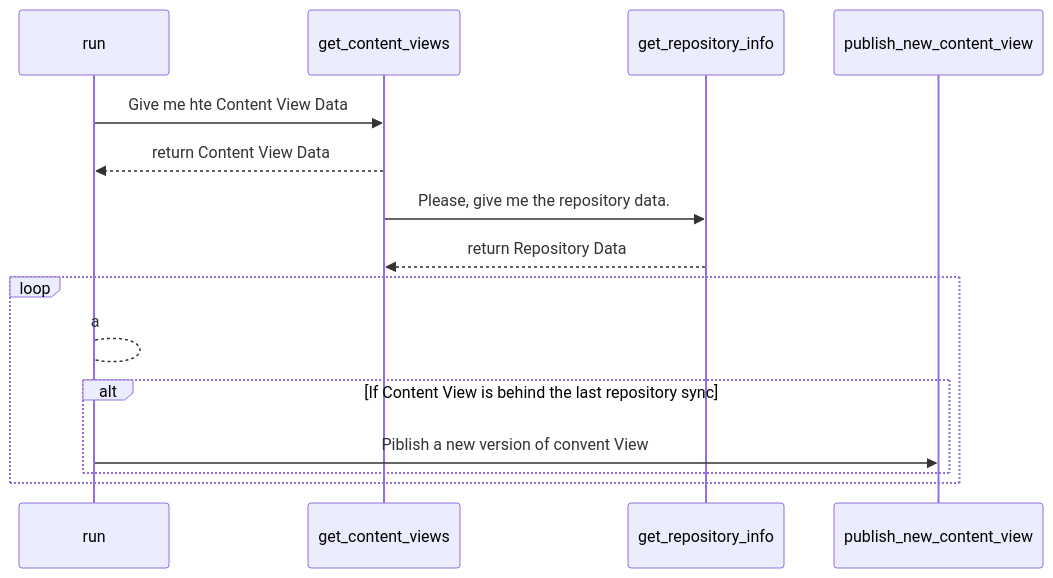
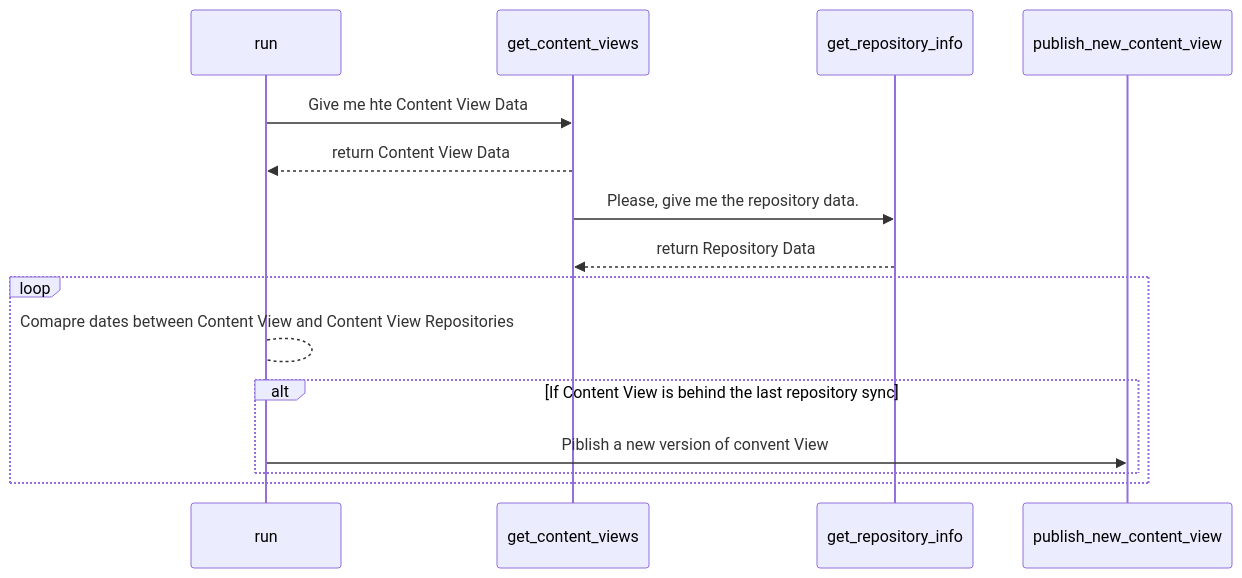
One commit to ambrisolla/katello-publish-content-view changed the diagram in README.md. Above: the diagram before and after it, drawn with Mermaid.

Commit message:
add script

````diff
--- a/README.md
+++ b/README.md
@@ -52,14 +52,14 @@
 ```mermaid
 sequenceDiagram
     run->>get_content_views: Give me hte Content View Data
     get_content_views-->>run: return Content View Data
     get_content_views->>get_repository_info: Please, give me the repository data.
     get_repository_info-->>get_content_views: return Repository Data
     loop
-      run-->run:a
+      run-->run:Comapre dates between Content View and Content View Repositories
       alt If Content View is behind the last repository sync
           run->>publish_new_content_view: Piblish a new version of convent View
       end
     end
     
 ```
````
